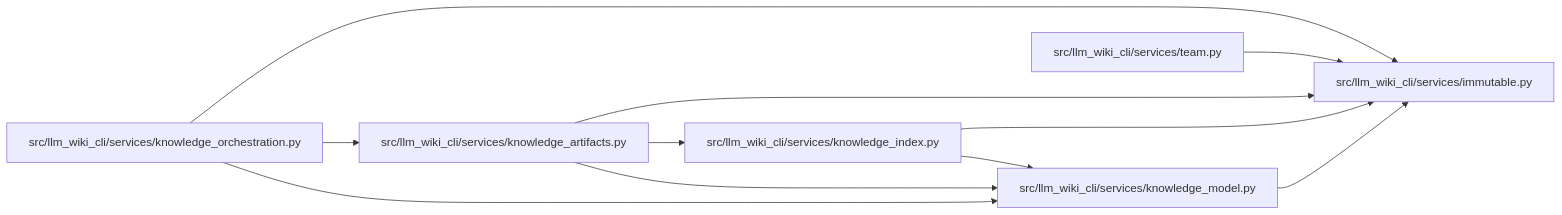
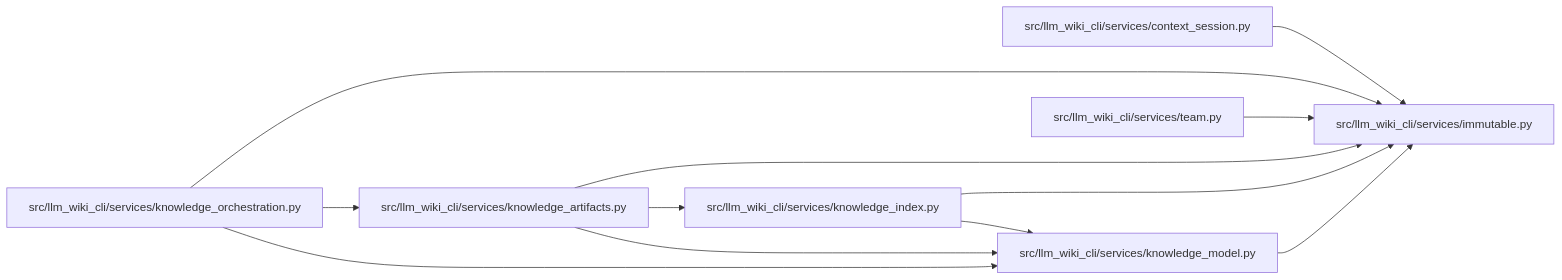
Before and after one commit to Denissvgn/python-wiki-llm: the diagram in docs/llm_wiki/modules/immutable.md, drawn with Mermaid. The commit also changed other lines of this file and 279 other files, not shown here.

````diff
--- a/docs/llm_wiki/modules/immutable.md
+++ b/docs/llm_wiki/modules/immutable.md
@@ -22,25 +22,28 @@
 ```mermaid
 flowchart LR
-    n0["src/llm_wiki_cli/services/immutable.py"]
-    n1["src/llm_wiki_cli/services/knowledge_artifacts.py"]
-    n2["src/llm_wiki_cli/services/knowledge_index.py"]
-    n3["src/llm_wiki_cli/services/knowledge_model.py"]
-    n4["src/llm_wiki_cli/services/knowledge_orchestration.py"]
-    n5["src/llm_wiki_cli/services/team.py"]
-    n1 --> n0
-    n1 --> n2
-    n1 --> n3
-    n2 --> n0
+    n0["src/llm_wiki_cli/services/context_session.py"]
+    n1["src/llm_wiki_cli/services/immutable.py"]
+    n2["src/llm_wiki_cli/services/knowledge_artifacts.py"]
+    n3["src/llm_wiki_cli/services/knowledge_index.py"]
+    n4["src/llm_wiki_cli/services/knowledge_model.py"]
+    n5["src/llm_wiki_cli/services/knowledge_orchestration.py"]
+    n6["src/llm_wiki_cli/services/team.py"]
+    n0 --> n1
+    n2 --> n1
     n2 --> n3
-    n3 --> n0
-    n4 --> n0
+    n2 --> n4
+    n3 --> n1
+    n3 --> n4
     n4 --> n1
-    n4 --> n3
-    n5 --> n0
-    click n0 "../modules/immutable.md"
-    click n1 "../modules/knowledge_artifacts.md"
-    click n2 "../modules/knowledge_index.md"
-    click n3 "../modules/knowledge_model.md"
-    click n4 "../modules/knowledge_orchestration.md"
-    click n5 "../modules/team.md"
+    n5 --> n1
+    n5 --> n2
+    n5 --> n4
+    n6 --> n1
+    click n0 "../modules/context_session.md"
+    click n1 "../modules/immutable.md"
+    click n2 "../modules/knowledge_artifacts.md"
+    click n3 "../modules/knowledge_index.md"
+    click n4 "../modules/knowledge_model.md"
+    click n5 "../modules/knowledge_orchestration.md"
+    click n6 "../modules/team.md"
 ```
````
